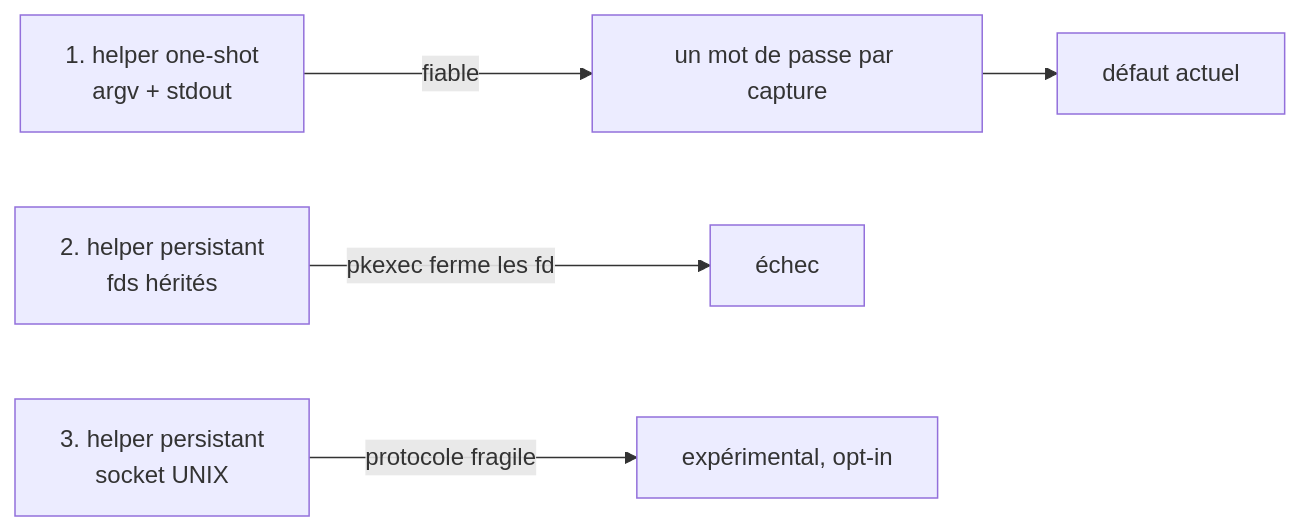
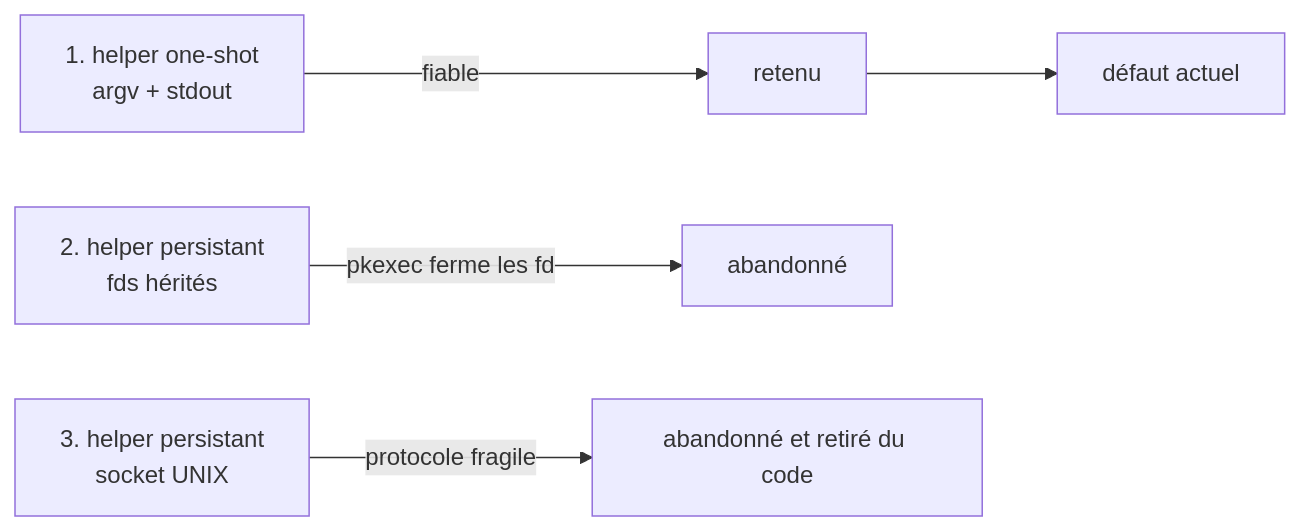
One commit to zx97/etherape2026 changed the third of 3 diagrams in docs/PORTING.md. Above: the diagram before and after it, drawn with Mermaid. The commit also changed other lines of this file and 20 other files, not shown here.

First line of the commit message:
feat: drop the persistent helper; display filter, find, throughput chart, CSV, /etc/ethers, man page

````diff
--- a/docs/PORTING.md
+++ b/docs/PORTING.md
@@ -113,7 +113,7 @@
 ```mermaid
 flowchart LR
-    A[1. helper one-shot<br/>argv + stdout] -->|fiable| A1[un mot de passe par capture]
-    B[2. helper persistant<br/>fds hérités] -->|pkexec ferme les fd| B1[échec]
-    C[3. helper persistant<br/>socket UNIX] -->|protocole fragile| C1[expérimental, opt-in]
+    A[1. helper one-shot<br/>argv + stdout] -->|fiable| A1[retenu]
+    B[2. helper persistant<br/>fds hérités] -->|pkexec ferme les fd| B1[abandonné]
+    C[3. helper persistant<br/>socket UNIX] -->|protocole fragile| C1[abandonné et retiré du code]
     A1 --> D[défaut actuel]
 ```
````
